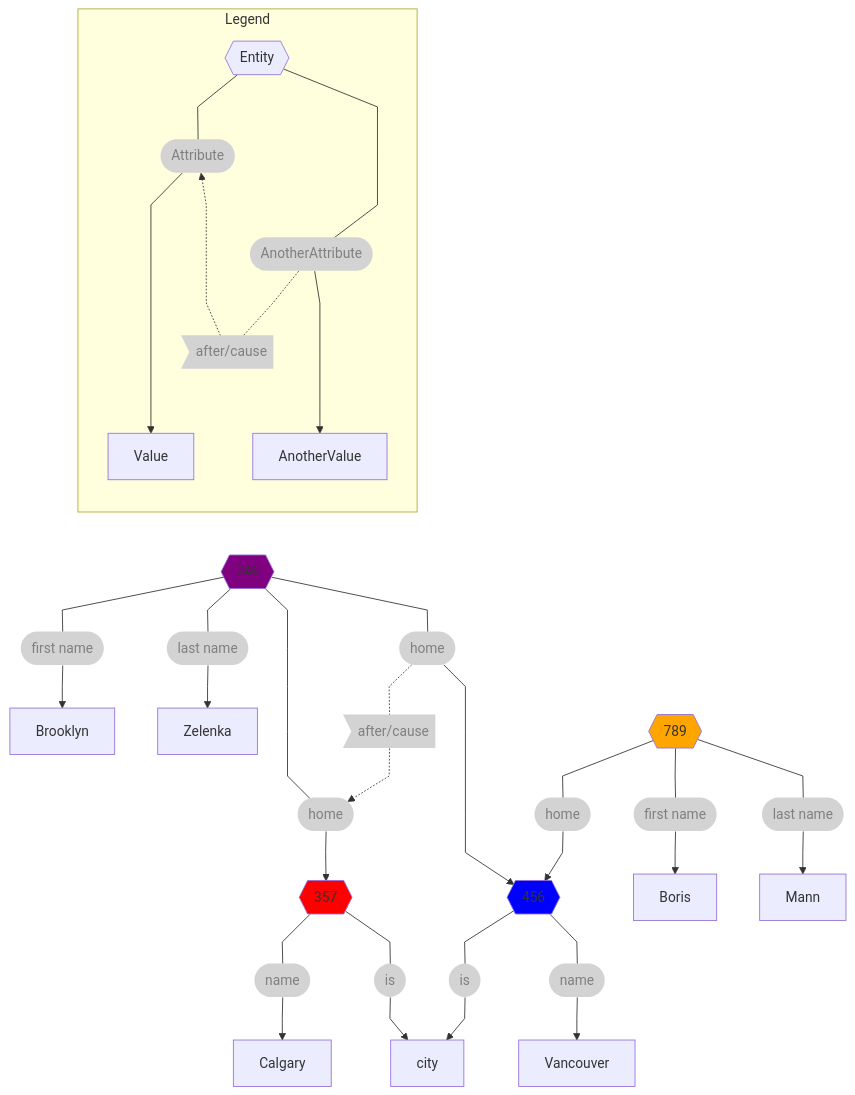
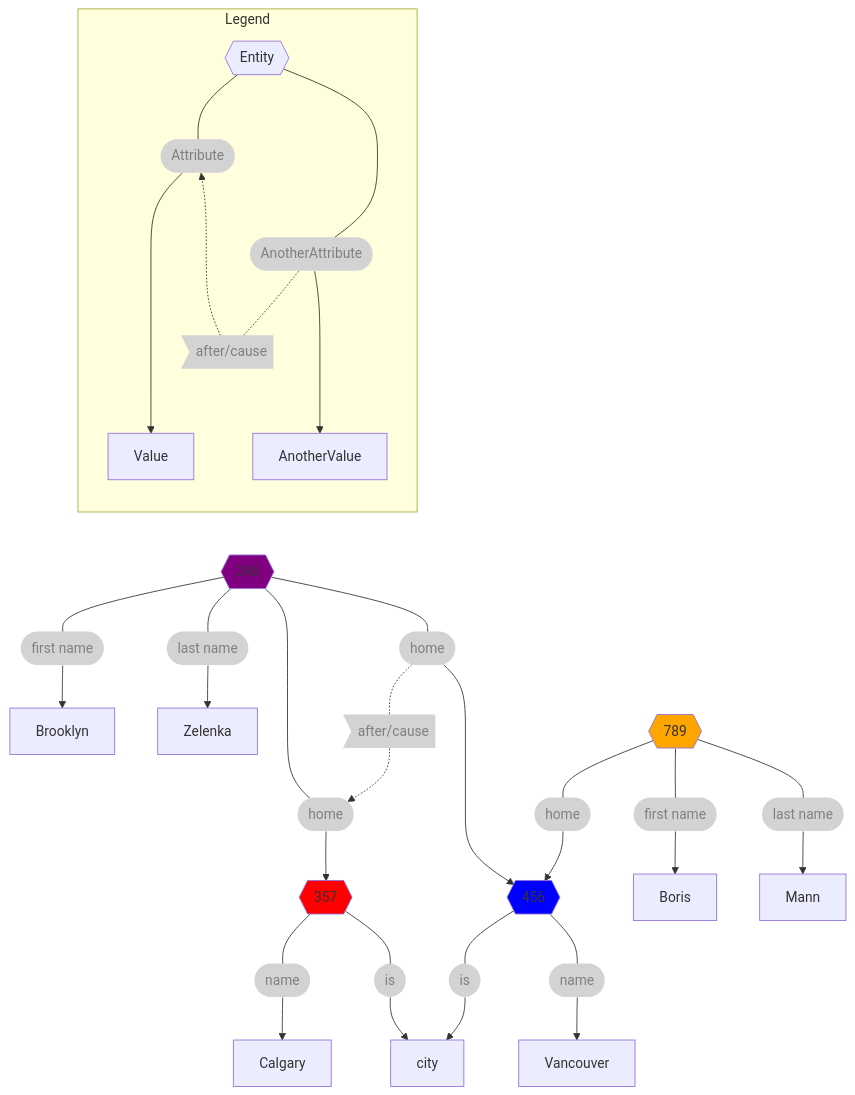
The first of 2 diagrams in README.md (RhizomeDB/spec), drawn with Mermaid before and after one commit. The commit also changed other lines of this file, not shown here.

````diff
--- a/README.md
+++ b/README.md
@@ -283,44 +285,42 @@
 ``` mermaid
-%%{ init: { 'flowchart': { 'curve': 'linear' } } }%%
-
 flowchart TB
     subgraph Legend
       direction TB
 
       entity{{Entity}} --- att([Attribute]):::attr ----> Value
       att2 -.- cause>after/cause]:::attr -.-> att
       att2  ---> AnotherValue
       entity --- att2([AnotherAttribute]):::attr
       
       %% Layout Hacks
       att ~~~ att2
       att2 ~~~ att
     end
 
     Legend ~~~ entityBZ
 
     entityBZ{{246}} --- bzFN([first name]):::attr --> Brooklyn
     entityBZ --- bzLN([last name]):::attr --> Zelenka
 
     entityBZ --- bzOldCity([home]):::attr --> entityCgy
     entityBZ --- bzNewCity([home]):::attr --> entityVC
 
     bzNewCity -.- after>after/cause]:::attr .-> bzOldCity
 
     entityBM --- bmCity([home]):::attr --> entityVC
     entityBM{{789}} --- bmFN([first name]):::attr --> Boris
     entityBM --- bmLN([last name]):::attr --> Mann
 
     entityCgy --- calName([name]):::attr --> Calgary
     entityCgy{{357}} --- calIs([is]):::attr --> city
 
     entityVC{{456}} --- vcIs([is]):::attr --> city
     entityVC --- vcName([name]):::attr --> Vancouver
 
     style entityBM fill:orange
     style entityBZ fill:purple
     style entityVC fill:blue
     style entityCgy fill:red
 
     classDef attr fill:lightgrey,color:grey,stroke:none;
 ```
````
